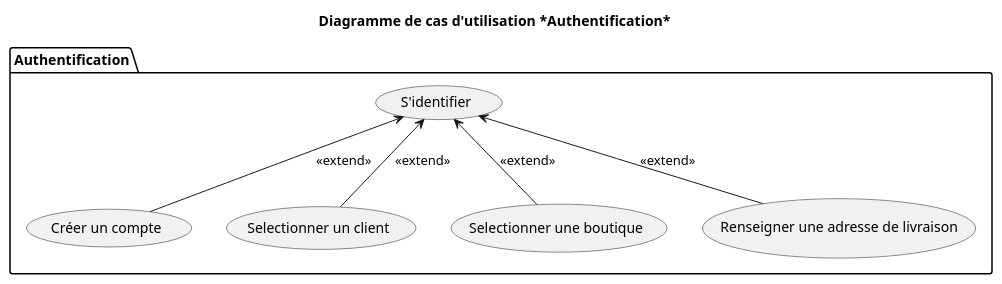
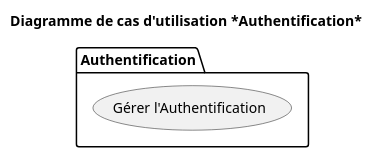
The diagram in v3/uml/03_authentification.puml (Zepmanbc/oc_dapython_pr4), drawn with PlantUML before and after one commit. The commit also changed 2 other files, not shown here.

```diff
--- a/v3/uml/03_authentification.puml
+++ b/v3/uml/03_authentification.puml
@@ -1,17 +1,8 @@
 @startuml 03_authentification
 title Diagramme de cas d'utilisation *Authentification*
 
 package Authentification{
-    (S'identifier) as LOGIN
-    (Créer un compte) as CREATE_LOGIN
-    (Selectionner un client) as SELECT_CUSTOMER
-    (Selectionner une boutique) as SELECT_STORE
-    (Renseigner une adresse de livraison) as SET_DELIVER_ADRESS
+    (Gérer l'Authentification) as LOGIN
 }
 
-LOGIN <-- CREATE_LOGIN : <<extend>>
-LOGIN <-- SELECT_STORE : <<extend>>
-LOGIN <-- SELECT_CUSTOMER : <<extend>>
-LOGIN <-- SET_DELIVER_ADRESS : <<extend>>
-
 @enduml
```
